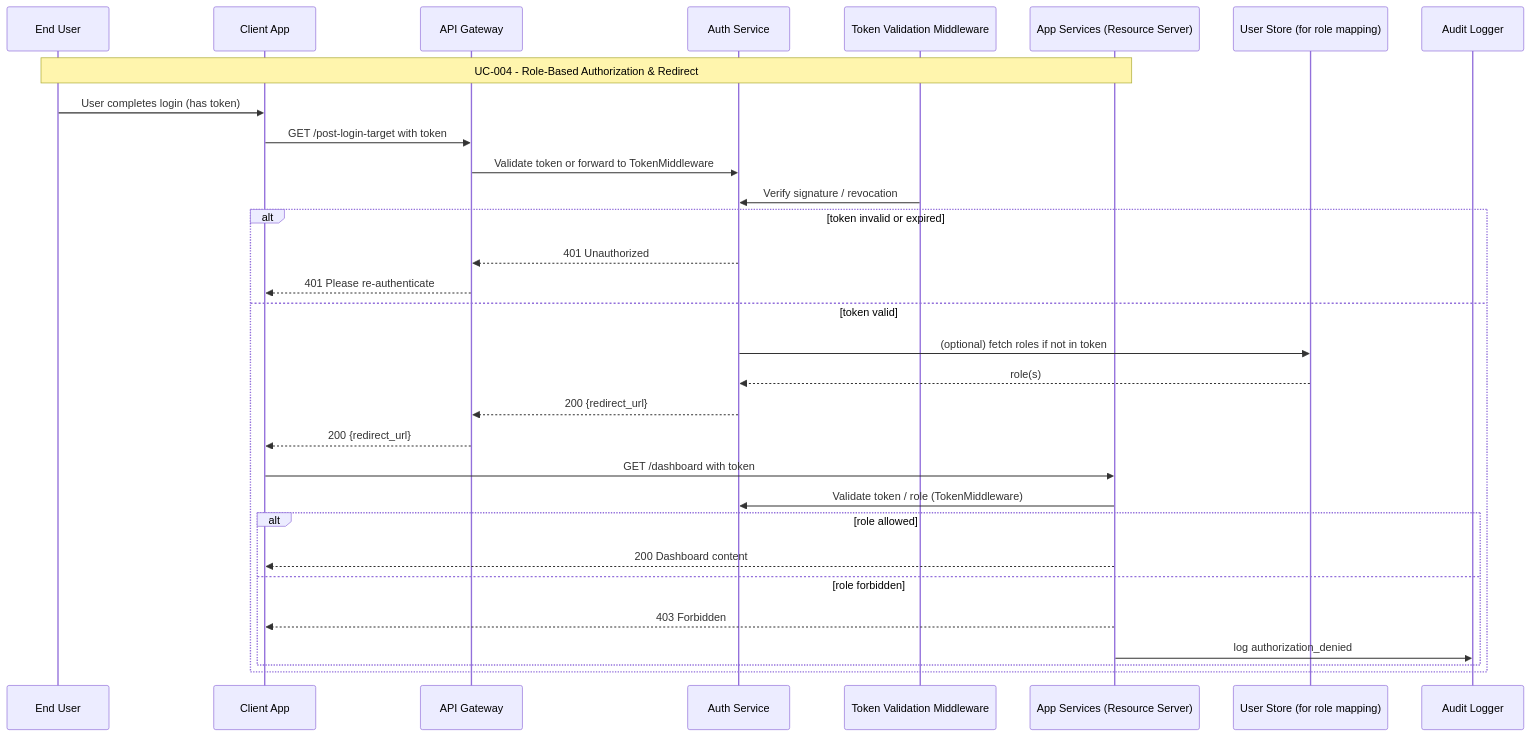
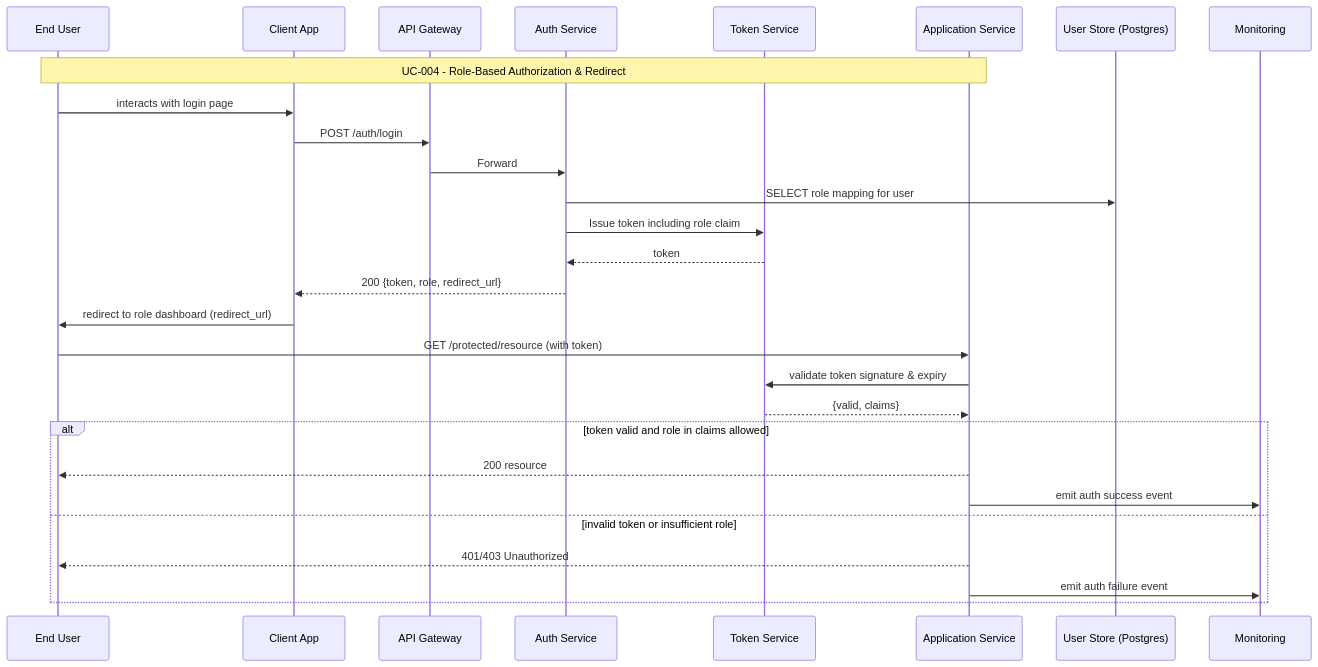
Diagram 11 of 11 in .propel/context/docs/models.md (Hadiya-Kanini/Demo), drawn with Mermaid before and after one commit. The commit also changed other lines of this file, not shown here.

````diff
--- a/.propel/context/docs/models.md
+++ b/.propel/context/docs/models.md
@@ -536,35 +533,34 @@
 ```mermaid
 sequenceDiagram
-    participant EndUser as End User
+    participant User as End User
     participant Client as Client App
-    participant API as API Gateway
+    participant APIGW as API Gateway
     participant Auth as Auth Service
-    participant TokenMiddleware as Token Validation Middleware
-    participant AppSvc as App Services (Resource Server)
-    participant DB as User Store (for role mapping)
-    participant Audit as Audit Logger
+    participant TokenSvc as Token Service
+    participant AppSvc as Application Service
+    participant DB as User Store (Postgres)
 
-    Note over EndUser,AppSvc: UC-004 - Role-Based Authorization & Redirect
+    Note over User,AppSvc: UC-004 - Role-Based Authorization & Redirect
 
-    EndUser->>Client: User completes login (has token)
-    Client->>API: GET /post-login-target with token
-    API->>Auth: Validate token or forward to TokenMiddleware
-    TokenMiddleware->>Auth: Verify signature / revocation
-    alt token invalid or expired
-      Auth-->>API: 401 Unauthorized
-      API-->>Client: 401 Please re-authenticate
-    else token valid
-      Auth->>DB: (optional) fetch roles if not in token
-      DB-->>Auth: role(s)
-      Auth-->>API: 200 {redirect_url}
-      API-->>Client: 200 {redirect_url}
-      Client->>AppSvc: GET /dashboard with token
-      AppSvc->>Auth: Validate token / role (TokenMiddleware)
-      alt role allowed
-        AppSvc-->>Client: 200 Dashboard content
-      else role forbidden
-        AppSvc-->>Client: 403 Forbidden
-        AppSvc->>Audit: log authorization_denied
-      end
+    %% Post-login redirect decision
+    User->>Client: interacts with login page
+    Client->>APIGW: POST /auth/login
+    APIGW->>Auth: Forward
+    Auth->>DB: SELECT role mapping for user
+    Auth->>TokenSvc: Issue token including role claim
+    TokenSvc-->>Auth: token
+    Auth-->>Client: 200 {token, role, redirect_url}
+    Client->>User: redirect to role dashboard (redirect_url)
+
+    %% Protected resource access
+    User->>AppSvc: GET /protected/resource (with token)
+    AppSvc->>TokenSvc: validate token signature & expiry
+    TokenSvc-->>AppSvc: {valid, claims}
+    alt token valid and role in claims allowed
+      AppSvc-->>User: 200 resource
+      AppSvc->>Monitoring: emit auth success event
+    else invalid token or insufficient role
+      AppSvc-->>User: 401/403 Unauthorized
+      AppSvc->>Monitoring: emit auth failure event
     end
 ```
````
